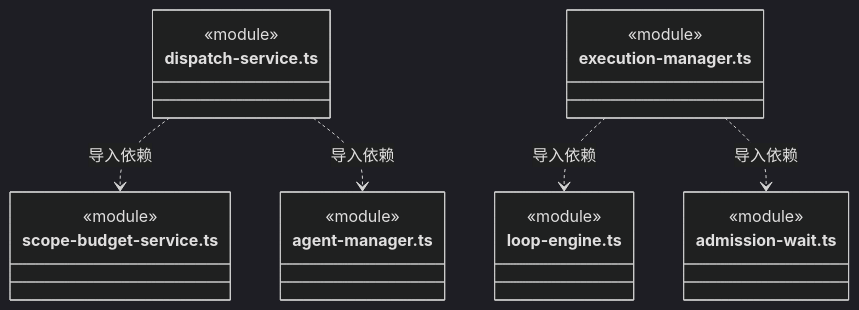
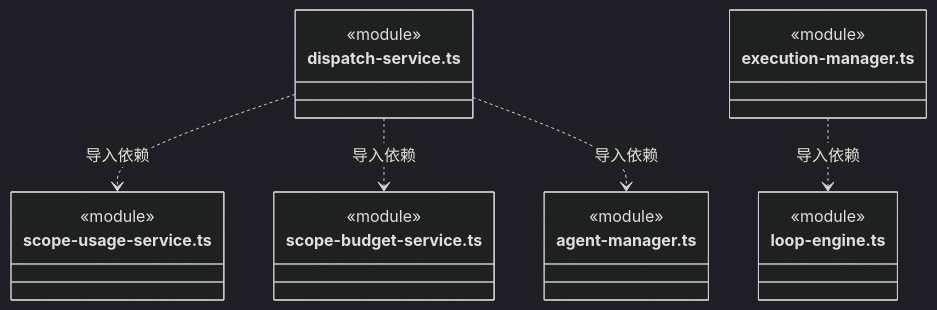
One commit to nan023062/cbim changed diagram 41 of 50 in src/backend/scheduler-engine/execution/ARCHITECTURE.md. Above: the diagram before and after it, drawn with Mermaid (dark theme). The commit also changed other lines of this file and 53 other files, not shown here.

````diff
--- a/src/backend/scheduler-engine/execution/ARCHITECTURE.md
+++ b/src/backend/scheduler-engine/execution/ARCHITECTURE.md
@@ -1089,25 +1113,25 @@
 ```mermaid
 classDiagram
 class N_src_backend_scheduler_engine_execution_dispatch_service_ts["dispatch-service.ts"] {
+  <<module>>
+}
+class N_src_backend_scheduler_engine_execution_scope_usage_service_ts["scope-usage-service.ts"] {
   <<module>>
 }
 class N_src_backend_scheduler_engine_execution_scope_budget_service_ts["scope-budget-service.ts"] {
   <<module>>
 }
 class N_src_backend_scheduler_engine_execution_agent_manager_ts["agent-manager.ts"] {
   <<module>>
 }
 class N_src_backend_scheduler_engine_execution_execution_manager_ts["execution-manager.ts"] {
   <<module>>
 }
 class N_src_backend_scheduler_engine_execution_loop_engine_ts["loop-engine.ts"] {
   <<module>>
 }
-class N_src_backend_scheduler_engine_execution_admission_wait_ts["admission-wait.ts"] {
-  <<module>>
-}
+N_src_backend_scheduler_engine_execution_dispatch_service_ts ..> N_src_backend_scheduler_engine_execution_scope_usage_service_ts : 导入依赖
 N_src_backend_scheduler_engine_execution_dispatch_service_ts ..> N_src_backend_scheduler_engine_execution_scope_budget_service_ts : 导入依赖
 N_src_backend_scheduler_engine_execution_dispatch_service_ts ..> N_src_backend_scheduler_engine_execution_agent_manager_ts : 导入依赖
 N_src_backend_scheduler_engine_execution_execution_manager_ts ..> N_src_backend_scheduler_engine_execution_loop_engine_ts : 导入依赖
-N_src_backend_scheduler_engine_execution_execution_manager_ts ..> N_src_backend_scheduler_engine_execution_admission_wait_ts : 导入依赖
 ```
````
